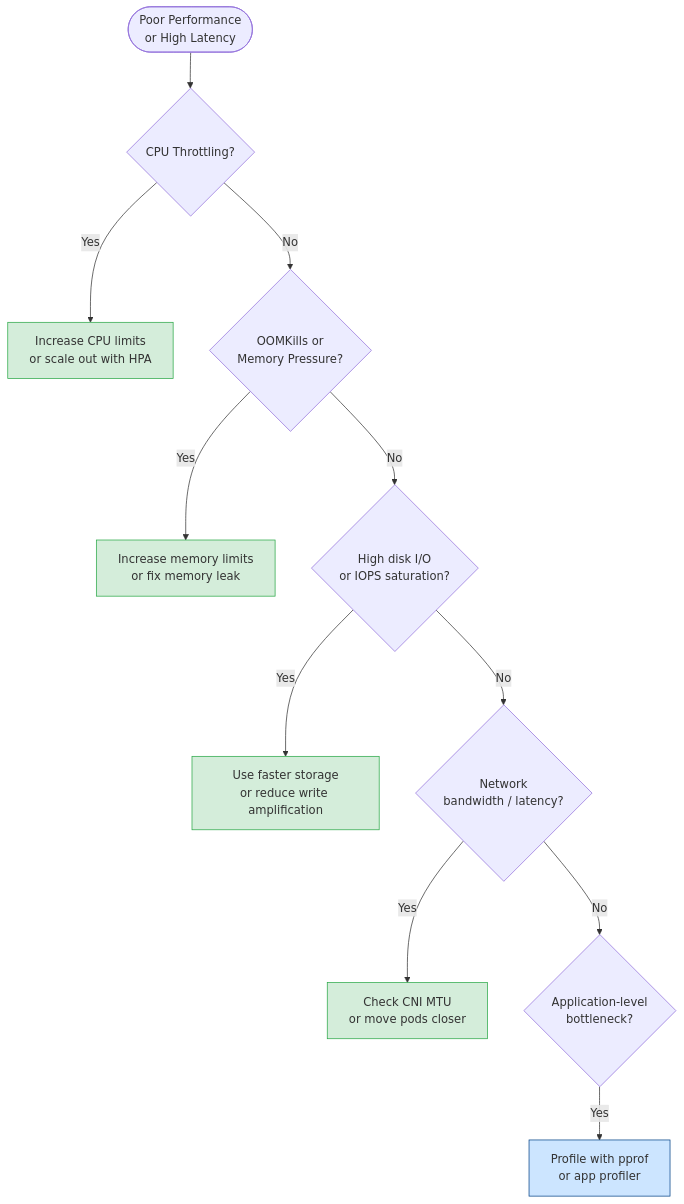
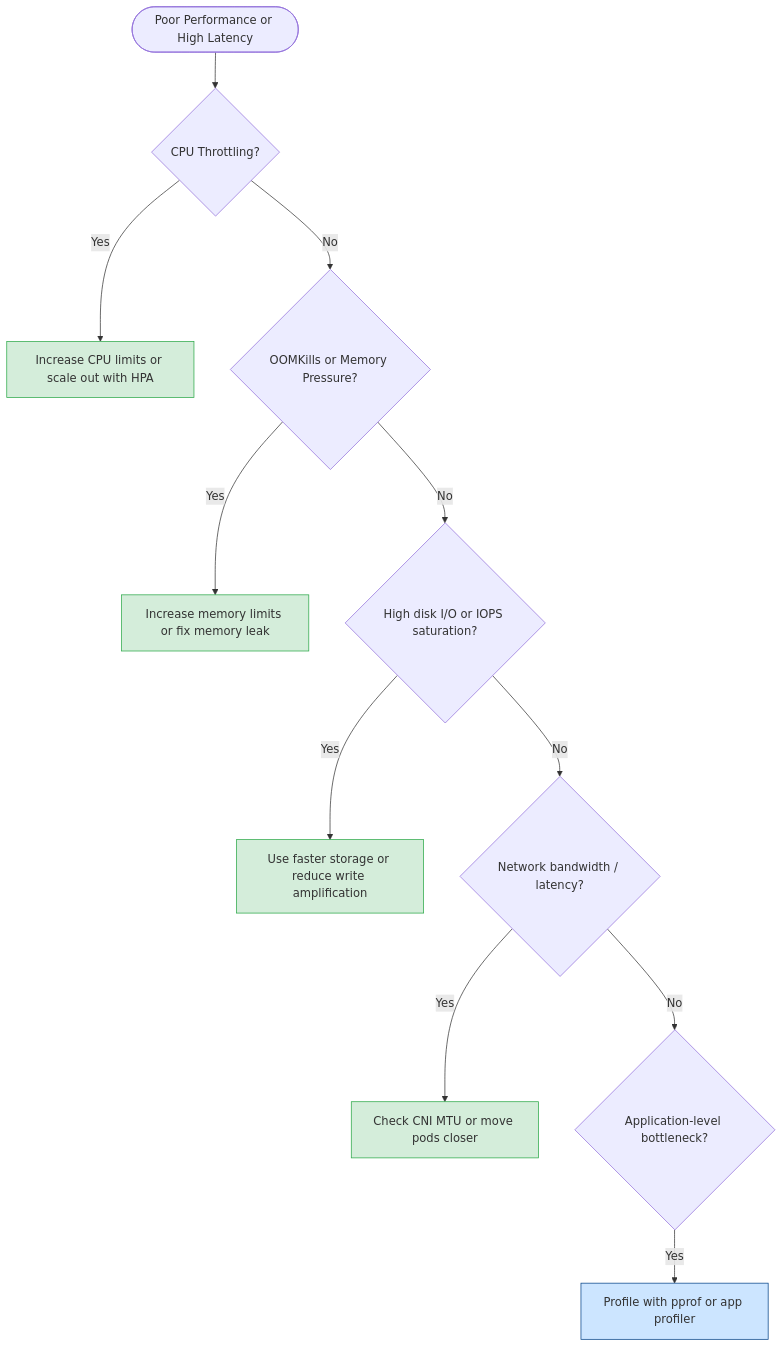
The diagram in 15_troubleshooting/05_performance_tuning.md (UncleJS/course_k3s), drawn with Mermaid before and after one commit. The commit also changed 57 other files, not shown here.

````diff
--- a/15_troubleshooting/05_performance_tuning.md
+++ b/15_troubleshooting/05_performance_tuning.md
@@ -20,19 +20,19 @@
 ```mermaid
 graph TD
-    Symptom([Poor Performance\nor High Latency]) --> CPU{CPU Throttling?}
-    CPU -->|Yes| CPU_Fix[Increase CPU limits\nor scale out with HPA]
-    CPU -->|No| MEM{OOMKills or\nMemory Pressure?}
-    MEM -->|Yes| MEM_Fix[Increase memory limits\nor fix memory leak]
-    MEM -->|No| DISK{High disk I/O\nor IOPS saturation?}
-    DISK -->|Yes| DISK_Fix[Use faster storage\nor reduce write amplification]
-    DISK -->|No| NET{Network\nbandwidth / latency?}
-    NET -->|Yes| NET_Fix[Check CNI MTU\nor move pods closer]
-    NET -->|No| APP{Application-level\nbottleneck?}
-    APP -->|Yes| PROF[Profile with pprof\nor app profiler]
+    Symptom([Poor Performance or High Latency]) --> CPU{CPU Throttling?}
+    CPU -->|Yes| CPU_Fix[Increase CPU limits or scale out with HPA]
+    CPU -->|No| MEM{OOMKills or Memory Pressure?}
+    MEM -->|Yes| MEM_Fix[Increase memory limits or fix memory leak]
+    MEM -->|No| DISK{High disk I/O or IOPS saturation?}
+    DISK -->|Yes| DISK_Fix[Use faster storage or reduce write amplification]
+    DISK -->|No| NET{Network bandwidth / latency?}
+    NET -->|Yes| NET_Fix[Check CNI MTU or move pods closer]
+    NET -->|No| APP{Application-level bottleneck?}
+    APP -->|Yes| PROF[Profile with pprof or app profiler]
 
     style CPU_Fix fill:#d4edda,stroke:#28a745
     style MEM_Fix fill:#d4edda,stroke:#28a745
     style DISK_Fix fill:#d4edda,stroke:#28a745
     style NET_Fix fill:#d4edda,stroke:#28a745
     style PROF fill:#cce5ff,stroke:#004085
 ```
````
